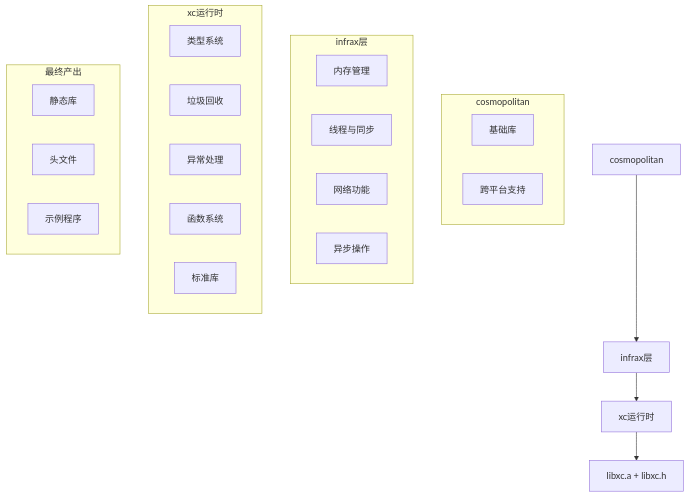
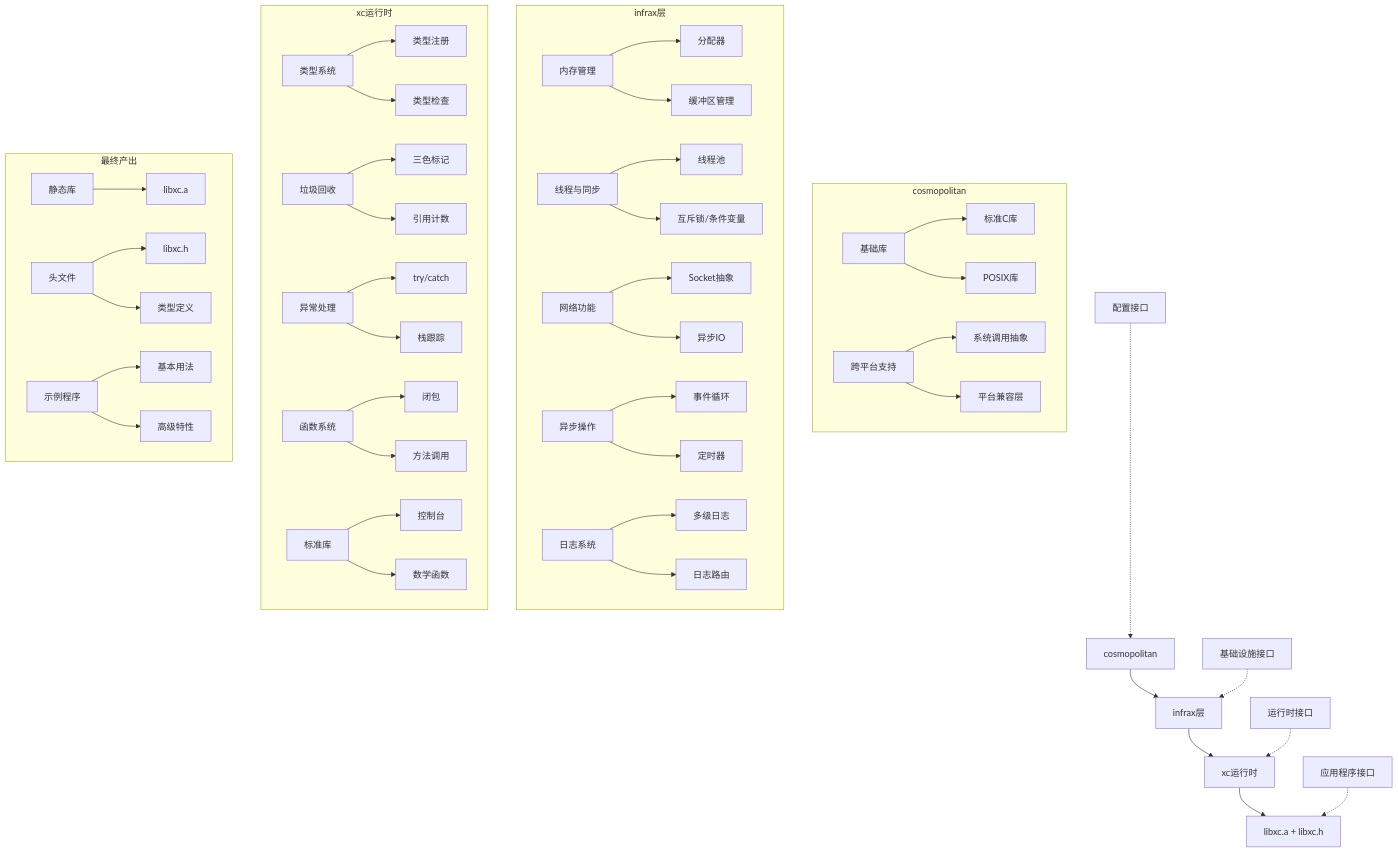
Before and after one commit to wanjochan/xc: the first of 3 diagrams in ai/tasks/libxc_refactor.md, drawn with Mermaid. The commit also changed other lines of this file and 54 other files, not shown here.

````diff
--- a/ai/tasks/libxc_refactor.md
+++ b/ai/tasks/libxc_refactor.md
@@ -29,32 +29,53 @@
 ```mermaid
 flowchart TD
     A[cosmopolitan] --> B[infrax层]
     B --> C[xc运行时]
     C --> D[libxc.a + libxc.h]
     
     subgraph cosmopolitan
-        A1[基础库]
-        A2[跨平台支持]
+        A1[基础库] --> A11[标准C库]
+        A1 --> A12[POSIX库]
+        A2[跨平台支持] --> A21[系统调用抽象]
+        A2 --> A22[平台兼容层]
     end
     
     subgraph infrax层
-        B1[内存管理]
-        B2[线程与同步]
-        B3[网络功能]
-        B4[异步操作]
+        B1[内存管理] --> B11[分配器]
+        B1 --> B12[缓冲区管理]
+        B2[线程与同步] --> B21[线程池]
+        B2 --> B22[互斥锁/条件变量]
+        B3[网络功能] --> B31[Socket抽象]
+        B3 --> B32[异步IO]
+        B4[异步操作] --> B41[事件循环]
+        B4 --> B42[定时器]
+        B5[日志系统] --> B51[多级日志]
+        B5 --> B52[日志路由]
     end
     
     subgraph xc运行时
-        C1[类型系统]
-        C2[垃圾回收]
-        C3[异常处理]
-        C4[函数系统]
-        C5[标准库]
+        C1[类型系统] --> C11[类型注册]
+        C1 --> C12[类型检查]
+        C2[垃圾回收] --> C21[三色标记]
+        C2 --> C22[引用计数]
+        C3[异常处理] --> C31[try/catch]
+        C3 --> C32[栈跟踪]
+        C4[函数系统] --> C41[闭包]
+        C4 --> C42[方法调用]
+        C5[标准库] --> C51[控制台]
+        C5 --> C52[数学函数]
     end
     
     subgraph 最终产出
-        D1[静态库]
-        D2[头文件]
-        D3[示例程序]
+        D1[静态库] --> D11[libxc.a]
+        D2[头文件] --> D21[libxc.h]
+        D2 --> D22[类型定义]
+        D3[示例程序] --> D31[基本用法]
+        D3 --> D32[高级特性]
     end
+
+    %% 交互关系
+    I1[配置接口] -.-> A
+    I2[基础设施接口] -.-> B
+    I3[运行时接口] -.-> C
+    I4[应用程序接口] -.-> D
 ```
````
